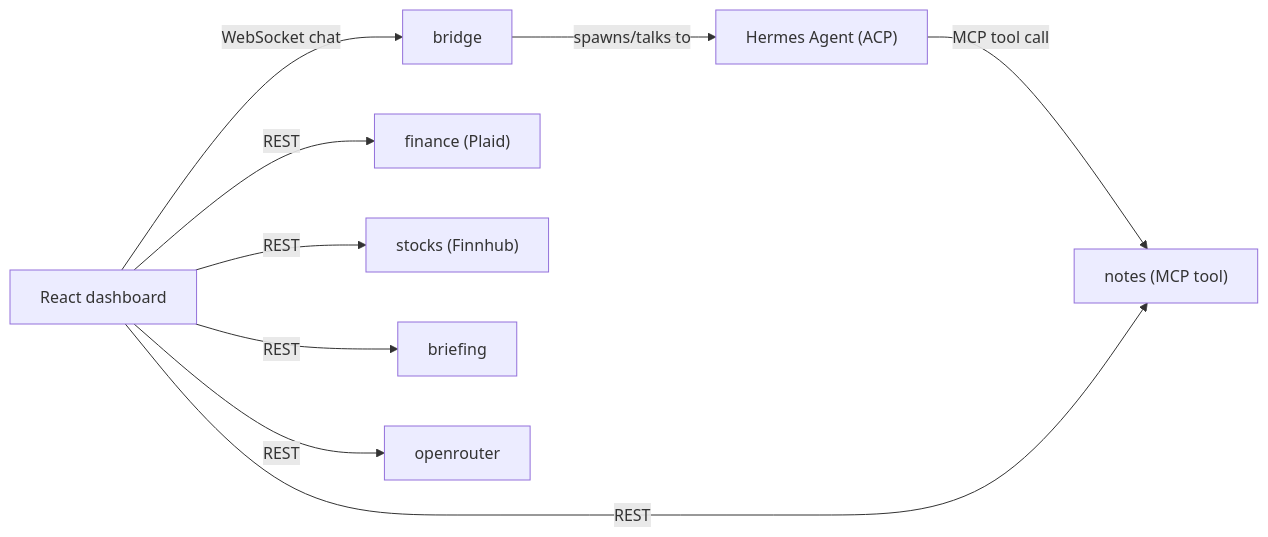
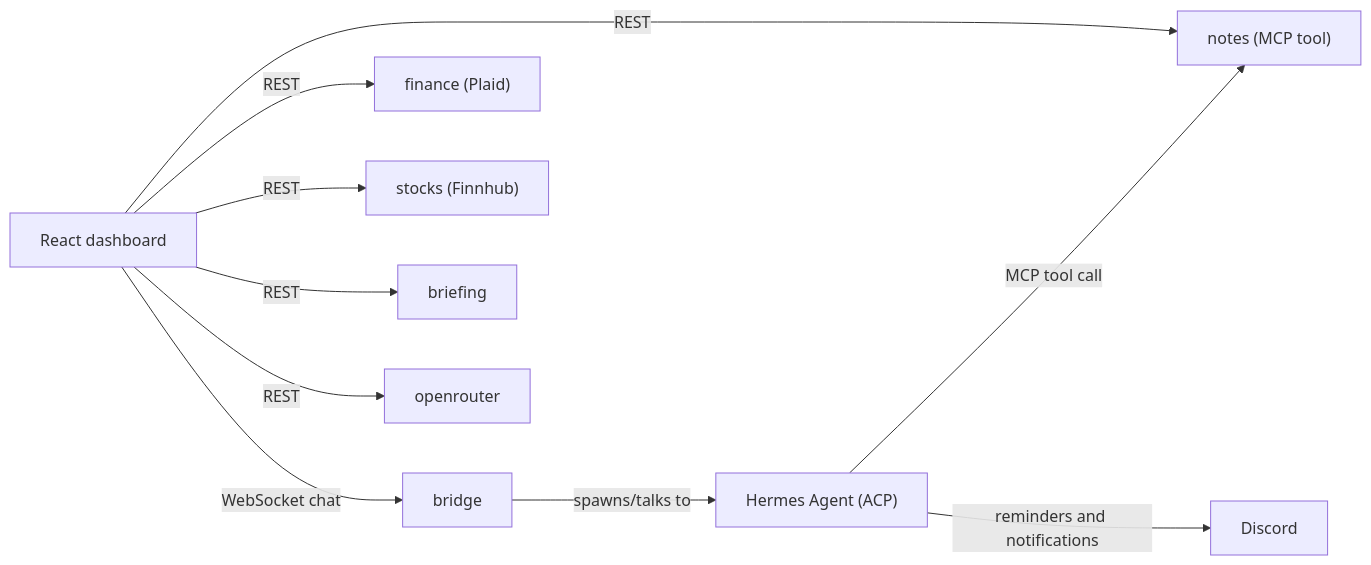
One commit to HojinSohn/Horong changed the diagram in README.md. Above: the diagram before and after it, drawn with Mermaid. The commit also changed other lines of this file, not shown here.

First line of the commit message:
docs: call out Discord as the agent's notification channel

````diff
--- a/README.md
+++ b/README.md
@@ -35,21 +38,23 @@
 ```mermaid
 flowchart LR
     FE["React dashboard"]
     Bridge["bridge"]
     Agent["Hermes Agent (ACP)"]
     Finance["finance (Plaid)"]
     Stocks["stocks (Finnhub)"]
     Notes["notes (MCP tool)"]
     Briefing["briefing"]
     OpenRouter["openrouter"]
+    Discord["Discord"]
 
     FE -->|WebSocket chat| Bridge
     Bridge -->|spawns/talks to| Agent
     Agent -->|MCP tool call| Notes
+    Agent -->|reminders and notifications| Discord
 
     FE -->|REST| Finance
     FE -->|REST| Stocks
     FE -->|REST| Notes
     FE -->|REST| Briefing
     FE -->|REST| OpenRouter
 ```
````
